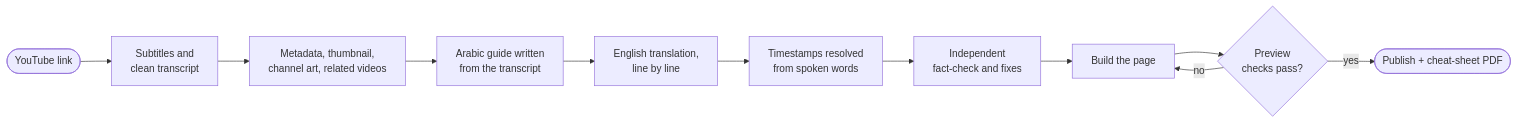
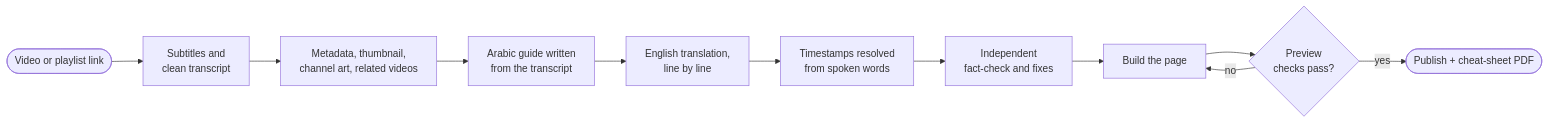
Before and after one commit to Shalaby-VBS/tube-scholar: the diagram in README.md, drawn with Mermaid. The commit also changed other lines of this file, not shown here.

First line of the commit message:
docs: README covers course pages and other video sites

````diff
--- a/README.md
+++ b/README.md
@@ -145,13 +155,13 @@
 ```mermaid
 flowchart LR
-    A([YouTube link]) --> B[Subtitles and<br/>clean transcript]
+    A([Video or playlist link]) --> B[Subtitles and<br/>clean transcript]
     B --> C[Metadata, thumbnail,<br/>channel art, related videos]
     C --> D[Arabic guide written<br/>from the transcript]
     D --> E[English translation,<br/>line by line]
     E --> F[Timestamps resolved<br/>from spoken words]
     F --> G[Independent<br/>fact-check and fixes]
     G --> H[Build the page]
     H --> I{Preview<br/>checks pass?}
     I -- no --> H
     I -- yes --> J([Publish + cheat-sheet PDF])
 ```
````
